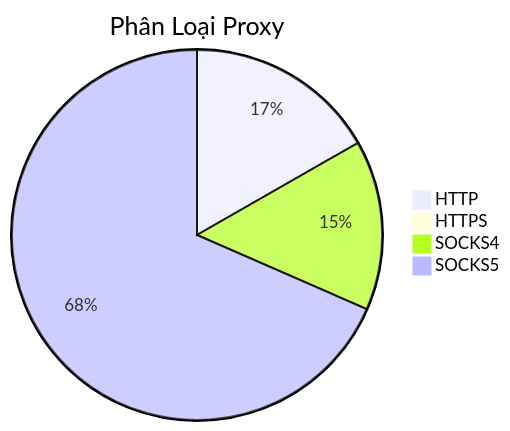
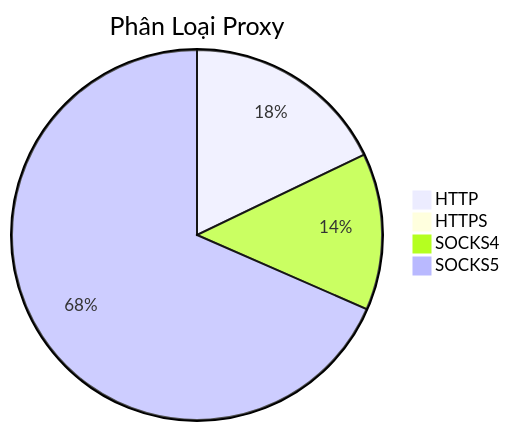
One commit to Ciara-Aa/PROXY-free changed the diagram in README.md. Above: the diagram before and after it, drawn with Mermaid. The commit also changed other lines of this file and 4 other files, not shown here.

````diff
--- a/README.md
+++ b/README.md
@@ -26,7 +26,7 @@
 ```mermaid
 pie title Phân Loại Proxy
-    "HTTP" : 360
-    "HTTPS" : 2
-    "SOCKS4" : 319
-    "SOCKS5" : 1473
+    "HTTP" : 423
+    "HTTPS" : 3
+    "SOCKS4" : 324
+    "SOCKS5" : 1620
 ```
````
